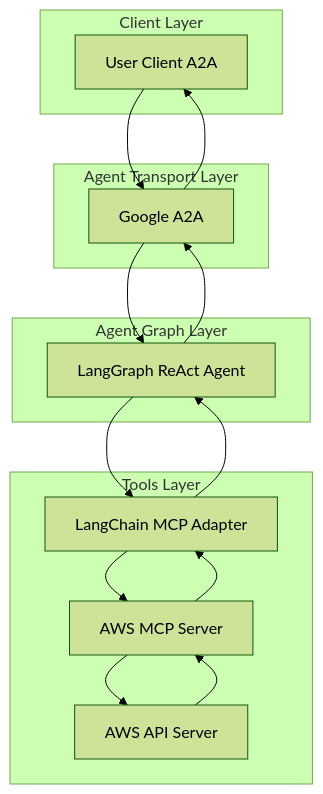
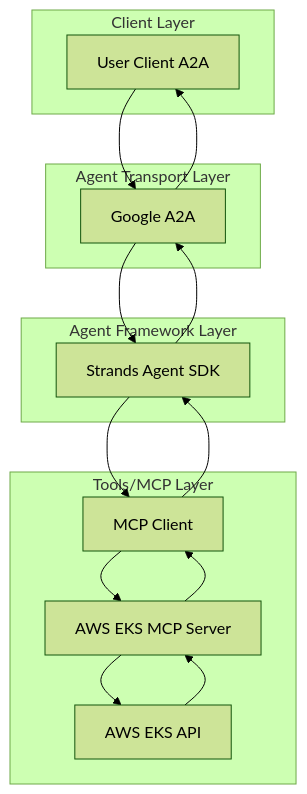
The first of 2 diagrams in docs/docs/agents/aws.md (tensai828/ai-driven-platform-operations), drawn with Mermaid (forest theme) before and after one commit. The commit also changed other lines of this file and 14 other files, not shown here.

First line of the commit message:
docs: update agent documentation and add architecture content

````diff
--- a/docs/docs/agents/aws.md
+++ b/docs/docs/agents/aws.md
@@ -17,20 +16,20 @@
 ```mermaid
 flowchart TD
   subgraph Client Layer
     A[User Client A2A]
   end
   subgraph Agent Transport Layer
     B[Google A2A]
   end
-  subgraph Agent Graph Layer
-    C[LangGraph ReAct Agent]
+  subgraph Agent Framework Layer
+    C[Strands Agent SDK]
   end
-  subgraph Tools Layer
-    D[LangChain MCP Adapter]
-    E[AWS MCP Server]
-    F[AWS API Server]
+  subgraph Tools/MCP Layer
+    D[MCP Client]
+    E[AWS EKS MCP Server]
+    F[AWS EKS API]
   end
 
   A --> B --> C --> D --> E --> F
   F --> E --> D --> C --> B --> A
 ```
````
